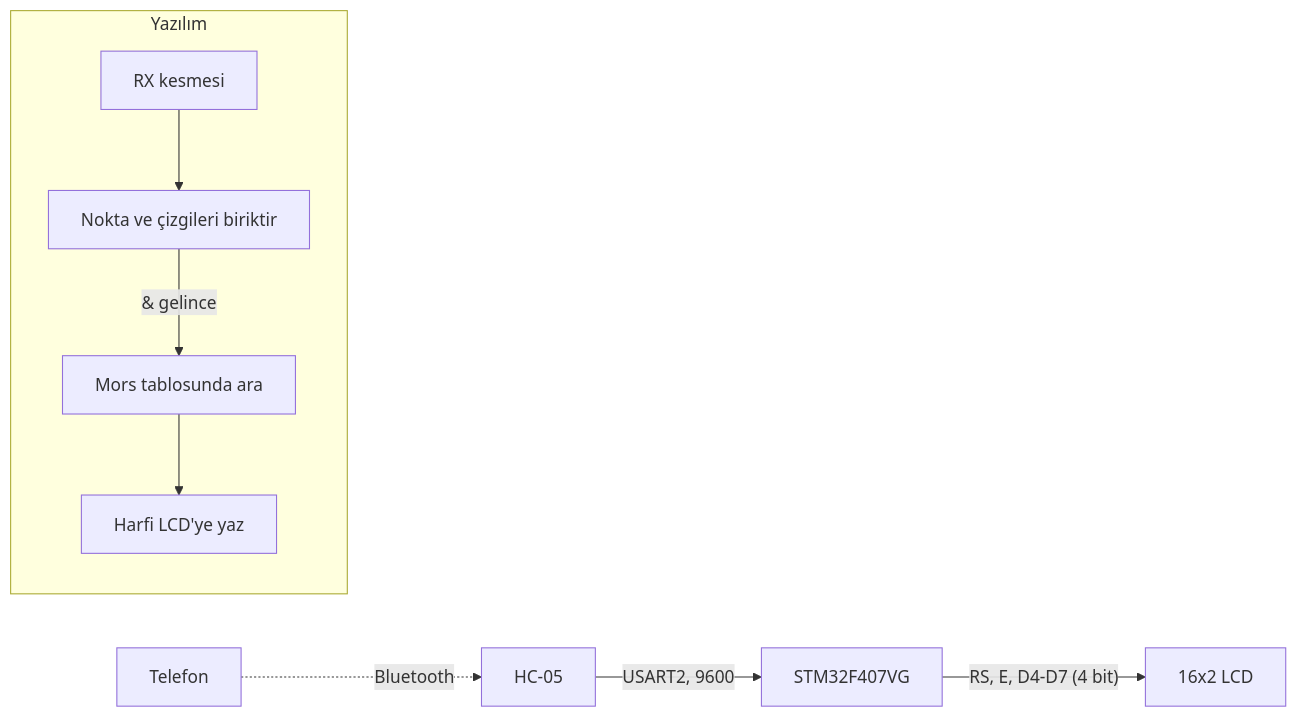
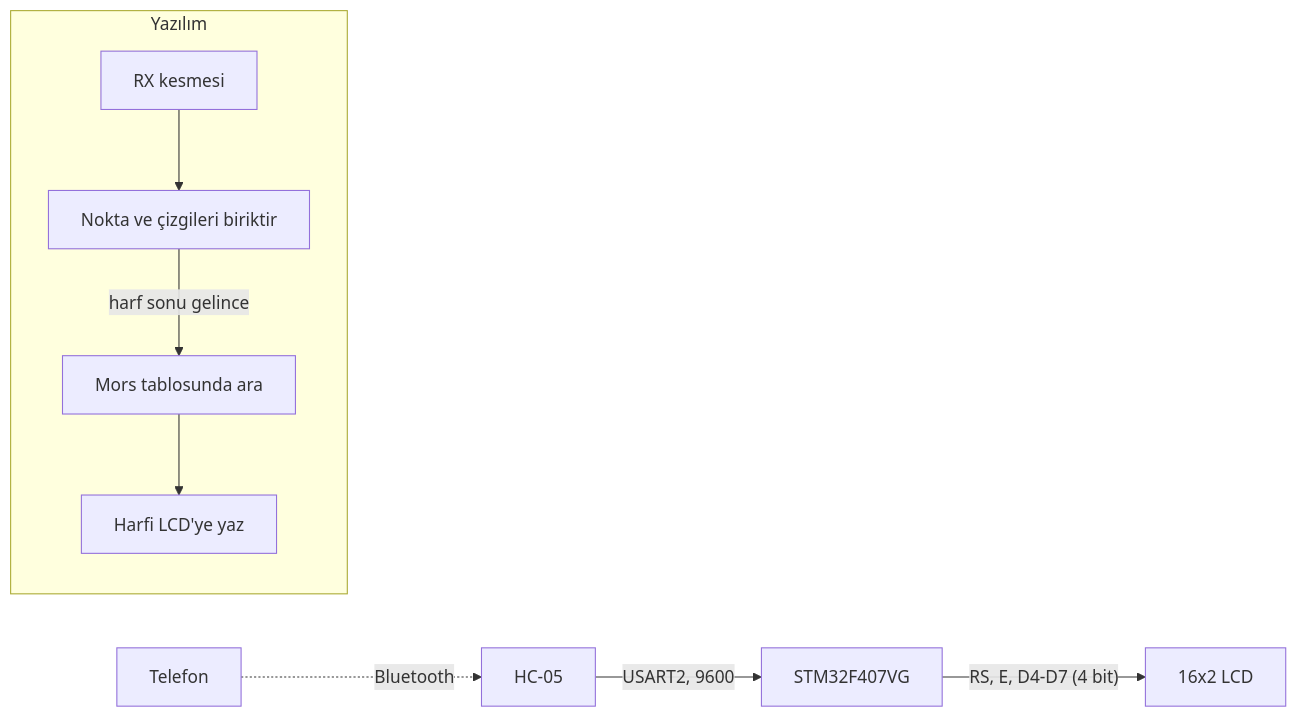
One commit to meyubcan/stm32-bluetooth-morse-lcd changed the diagram in README.md. Above: the diagram before and after it, drawn with Mermaid.

Commit message:
README: diyagram duzeltmesi

````diff
--- a/README.md
+++ b/README.md
@@ -7,11 +7,11 @@
 ```mermaid
 flowchart LR
     TEL[Telefon] -. Bluetooth .-> BT[HC-05]
     BT -- "USART2, 9600" --> MCU[STM32F407VG]
     MCU -- "RS, E, D4-D7 (4 bit)" --> LCD[16x2 LCD]
-    subgraph Yazılım
+    subgraph SW[Yazılım]
         RX[RX kesmesi] --> BUF[Nokta ve çizgileri biriktir]
-        BUF -- "& gelince" --> TAB[Mors tablosunda ara]
+        BUF -- "harf sonu gelince" --> TAB[Mors tablosunda ara]
         TAB --> OUT[Harfi LCD'ye yaz]
     end
 ```
````
